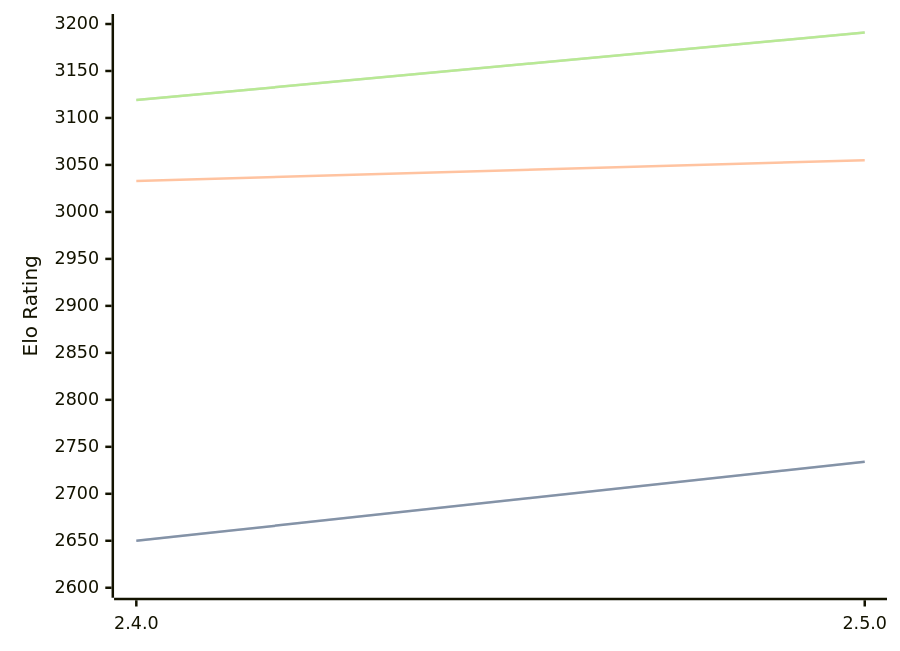
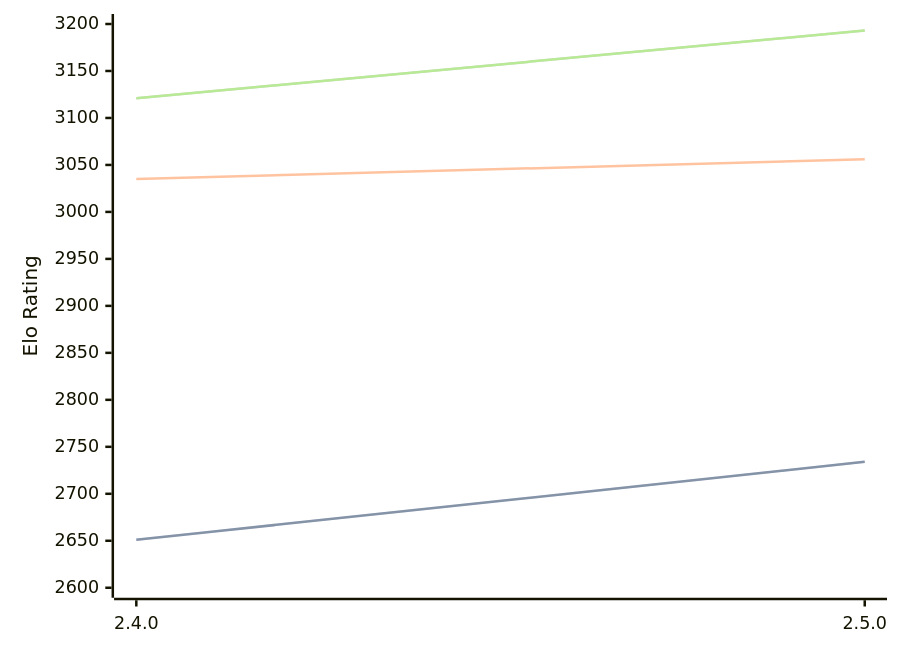
The diagram in engines/Sturddle2.md (computer-chess-index/cci), drawn with Mermaid before and after one commit. The commit also changed other lines of this file, not shown here.

Commit message:
Update CCI Ratings (ELO VLTC) - 2026-04-11

````diff
--- a/engines/Sturddle2.md
+++ b/engines/Sturddle2.md
@@ -37,11 +37,11 @@
 ```mermaid
 %%{init: {"theme":"base","themeVariables":{"seriesColors:['#a3a3a3','#222221','#faa371']}}}%%
 xychart-beta
   x-axis ["2.4.0", "2.5.0"]
   y-axis "Elo Rating" 2600 --> 3200
-  line "STC (8.0+0.08s)" [2650, 2734]
-  line "STC (8.0+0.08s)" [2650, 2734]
-  line "LTC (60.0+0.60s)" [3033, 3055]
-  line "VLTC (2m24s+1.12s)" [3119, 3191]
-  line "VLTC (2m24s+1.12s)" [3119, 3191]
+  line "STC (8.0+0.08s)" [2651, 2734]
+  line "STC (8.0+0.08s)" [2651, 2734]
+  line "LTC (60.0+0.60s)" [3035, 3056]
+  line "VLTC (2m24s+1.12s)" [3121, 3193]
+  line "VLTC (2m24s+1.12s)" [3121, 3193]
 ```
````
